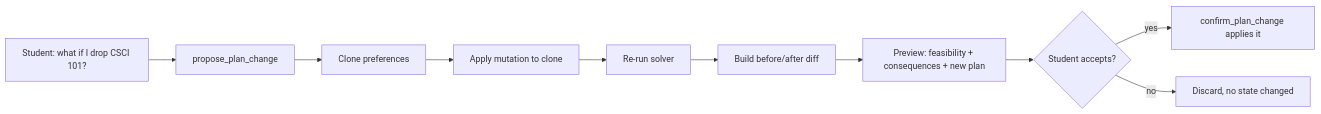
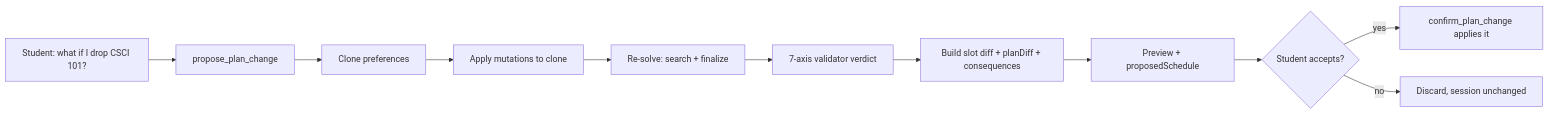
Before and after one commit to EdoardoMongardi/NYU_Path: the first of 3 diagrams in Docs/current-system/tools/propose_plan_change.md, drawn with Mermaid. The commit also changed other lines of this file and 73 other files, not shown here.

````diff
--- a/Docs/current-system/tools/propose_plan_change.md
+++ b/Docs/current-system/tools/propose_plan_change.md
@@ -7,12 +9,13 @@
 ```mermaid
 flowchart LR
     Q[Student: what if I drop CSCI 101?] --> T[propose_plan_change]
     T --> C[Clone preferences]
-    C --> A[Apply mutation to clone]
-    A --> S[Re-run solver]
-    S --> R[Build before/after diff]
-    R --> P[Preview: feasibility + consequences + new plan]
+    C --> A[Apply mutations to clone]
+    A --> S[Re-solve: search + finalize]
+    S --> V[7-axis validator verdict]
+    V --> R[Build slot diff + planDiff + consequences]
+    R --> P[Preview + proposedSchedule]
     P --> D{Student accepts?}
     D -->|yes| CONF[confirm_plan_change applies it]
-    D -->|no| END[Discard, no state changed]
+    D -->|no| END[Discard, session unchanged]
 ```
````
